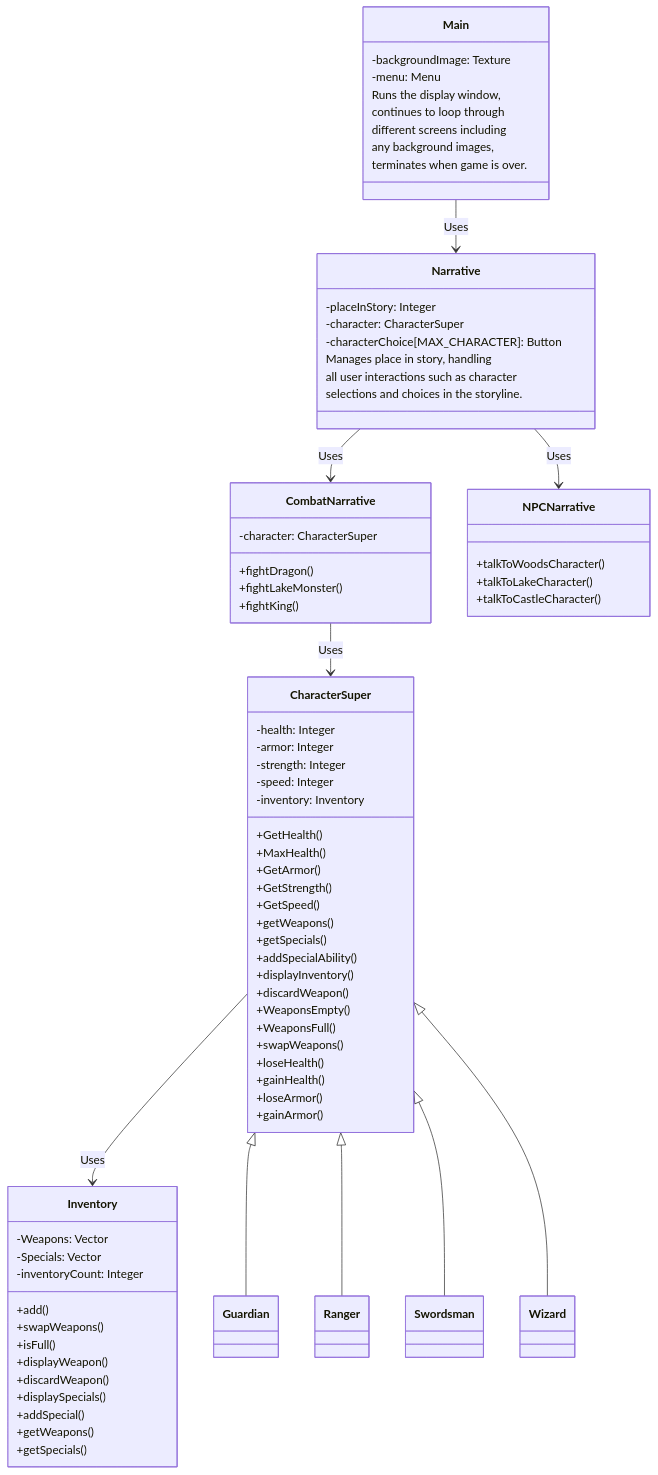
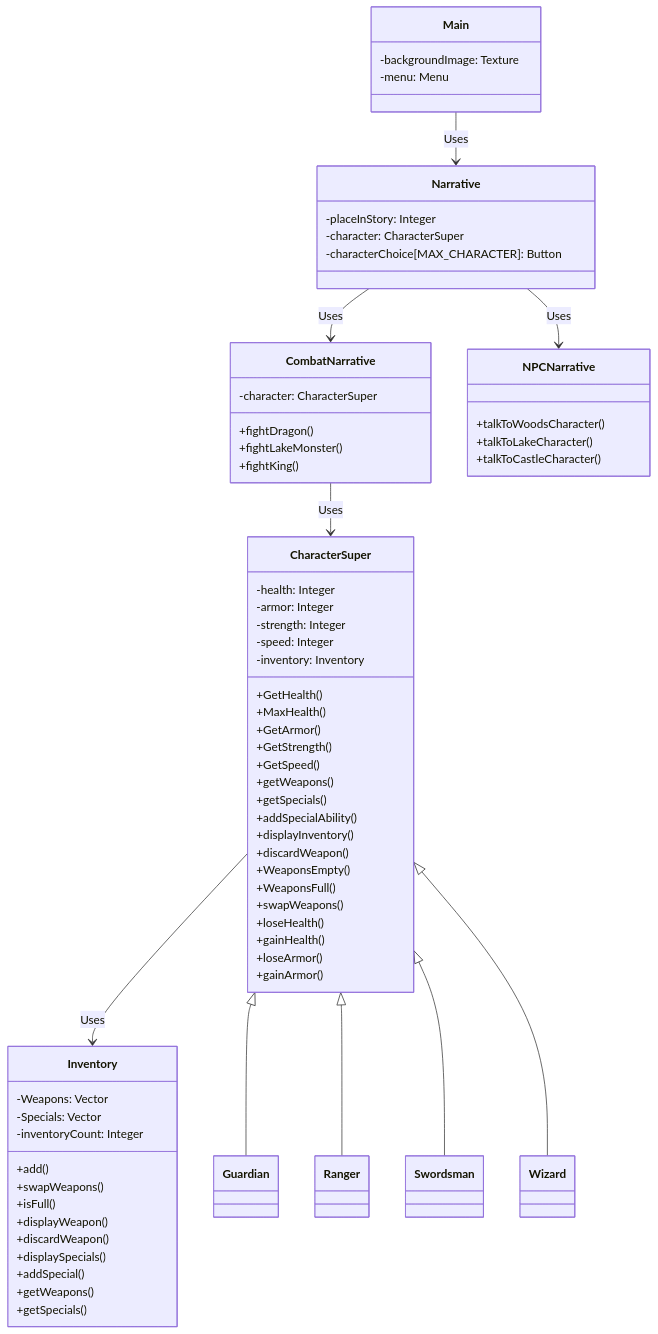
Before and after one commit to Canada101/sd: the first of 3 diagrams in README.md, drawn with Mermaid. The commit also changed other lines of this file, not shown here.

```diff
--- a/README.md
+++ b/README.md
@@ -35,9 +36,6 @@
         -placeInStory: Integer
         -character: CharacterSuper
         -characterChoice[MAX_CHARACTER]: Button
-        Manages place in story, handling
-        all user interactions such as character 
-        selections and choices in the storyline.
     }
 
     class CombatNarrative{
@@ -56,11 +54,6 @@
     class Main{
         -backgroundImage: Texture
         -menu: Menu
-        Runs the display window,
-        continues to loop through
-        different screens including
-        any background images,
-        terminates when game is over. 
     }
     class CharacterSuper{
       -health: Integer
```
